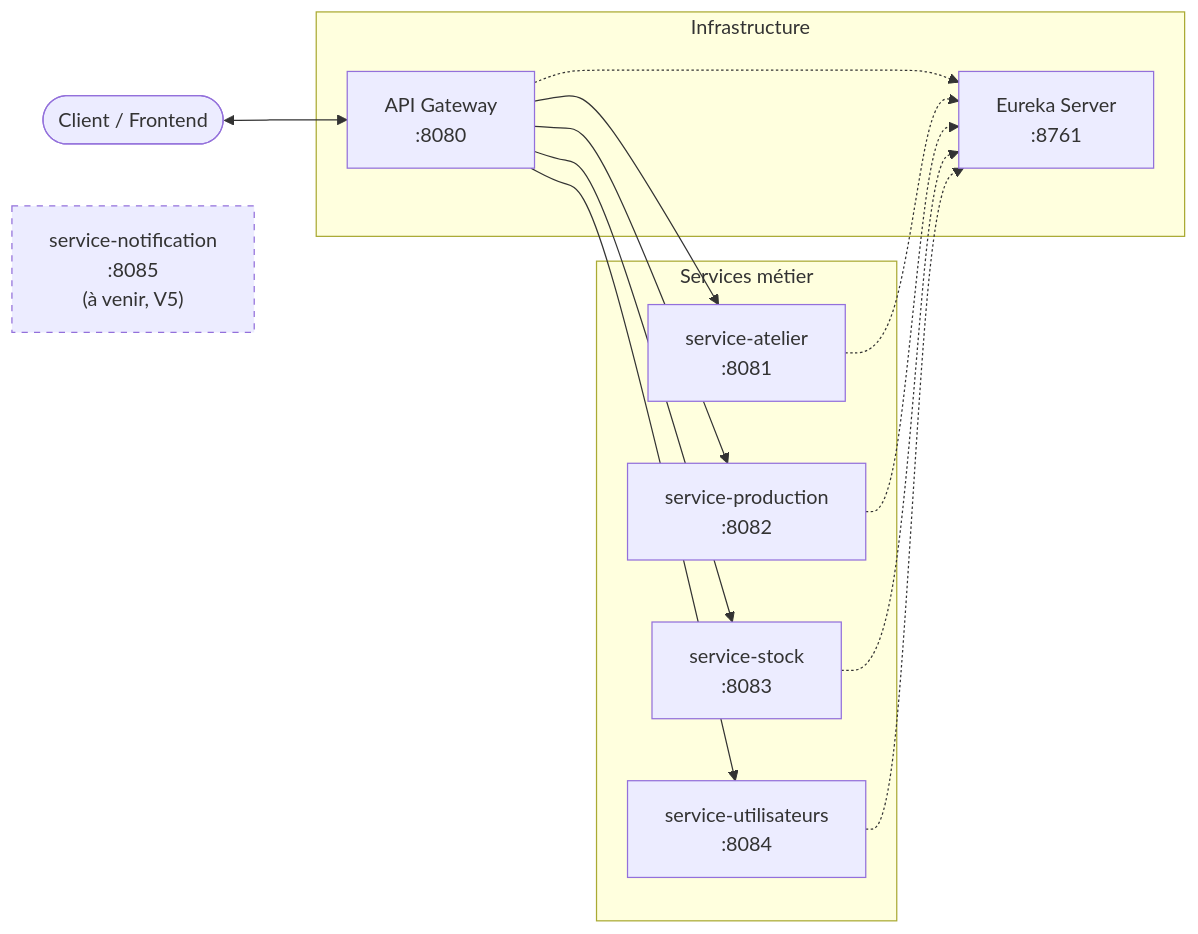
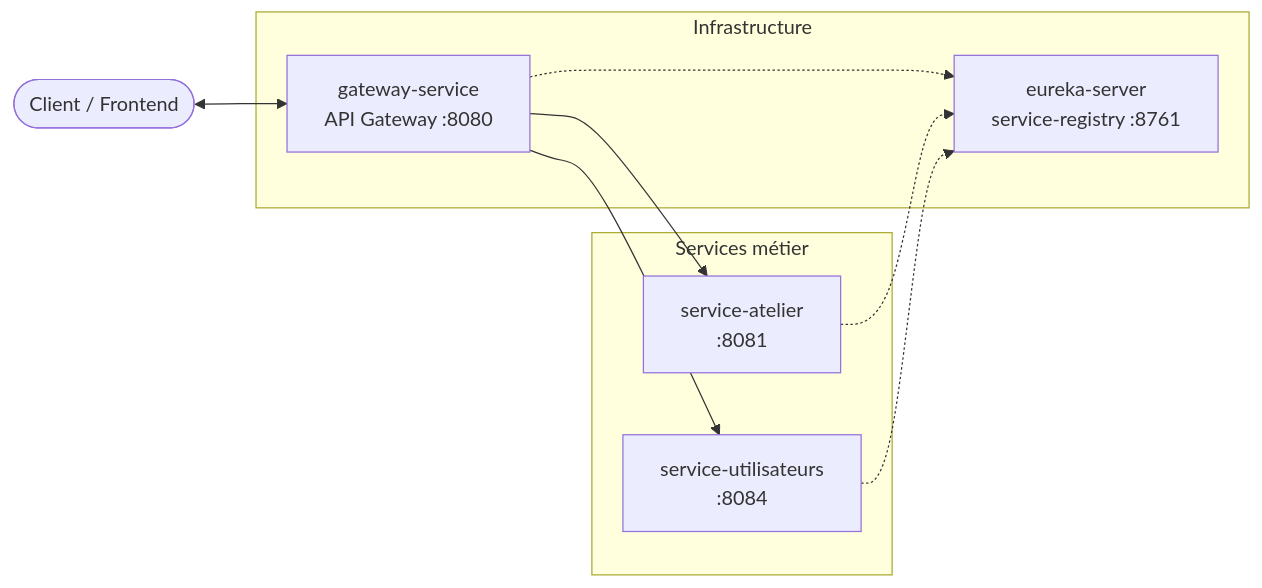
The second of 2 diagrams in README.md (Aymen21-n/Quali-Track), drawn with Mermaid before and after one commit. The commit also changed other lines of this file and 12 other files, not shown here.

Commit message:
V2: Eureka server + API Gateway

````diff
--- a/README.md
+++ b/README.md
@@ -134,31 +131,22 @@
 ```mermaid
 flowchart LR
     client([Client / Frontend]) <--> gw
 
     subgraph infra [Infrastructure]
-        gw["API Gateway<br/>:8080"]
-        eureka["Eureka Server<br/>:8761"]
+        gw["gateway-service<br/>API Gateway :8080"]
+        eureka["eureka-server<br/>service-registry :8761"]
     end
 
     subgraph metier [Services métier]
         atelier["service-atelier<br/>:8081"]
-        production["service-production<br/>:8082"]
-        stock["service-stock<br/>:8083"]
         utilisateurs["service-utilisateurs<br/>:8084"]
     end
 
-    notification["service-notification<br/>:8085<br/>(à venir, V5)"]
-
     gw --> atelier
-    gw --> production
-    gw --> stock
     gw --> utilisateurs
 
     gw -.-> eureka
     atelier -.-> eureka
-    production -.-> eureka
-    stock -.-> eureka
     utilisateurs -.-> eureka
 
-    style notification stroke-dasharray: 5 5
 ```
````
